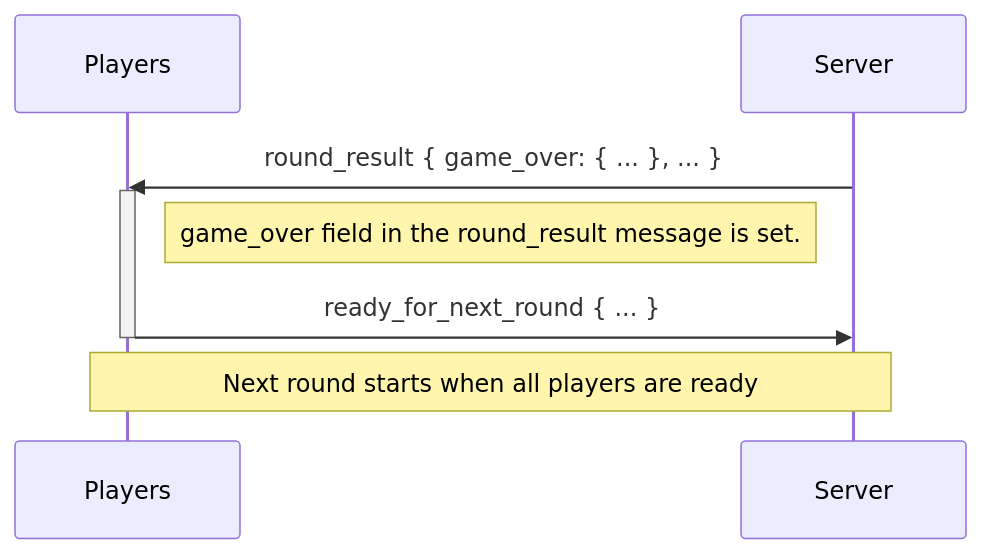
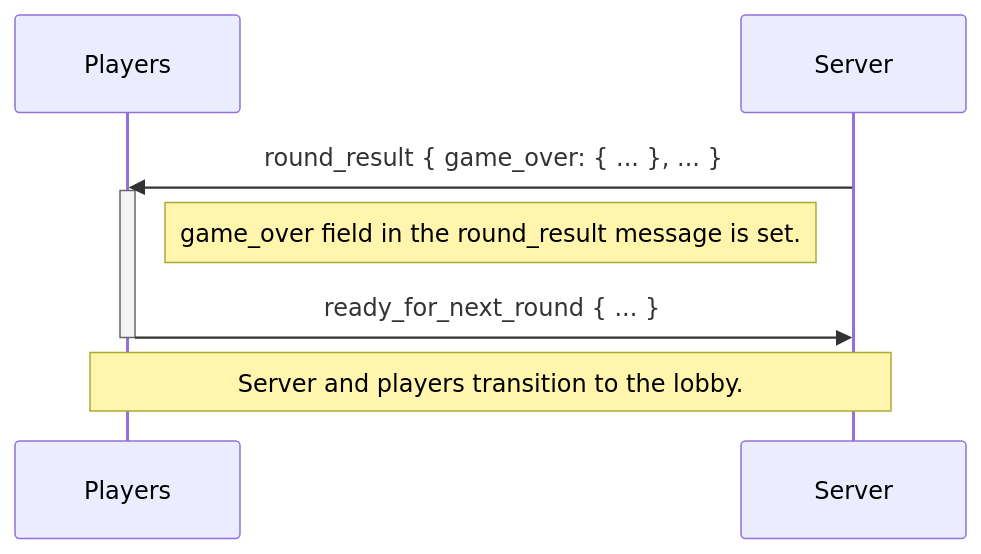
One commit to dsg-jam/ld51-server changed the fourth of 4 diagrams in docs/protocol.md. Above: the diagram before and after it, drawn with Mermaid.

````diff
--- a/docs/protocol.md
+++ b/docs/protocol.md
@@ -75,12 +75,12 @@
 ```mermaid
 sequenceDiagram
     participant p as Players
     participant s as Server
 
     s->>p: round_result { game_over: { ... }, ... }
     activate p
     note left of s: game_over field in the round_result message is set. 
     p->>s: ready_for_next_round { ... }
     deactivate p
-    note over p,s: Next round starts when all players are ready
+    note over p,s: Server and players transition to the lobby.
 ```
````
